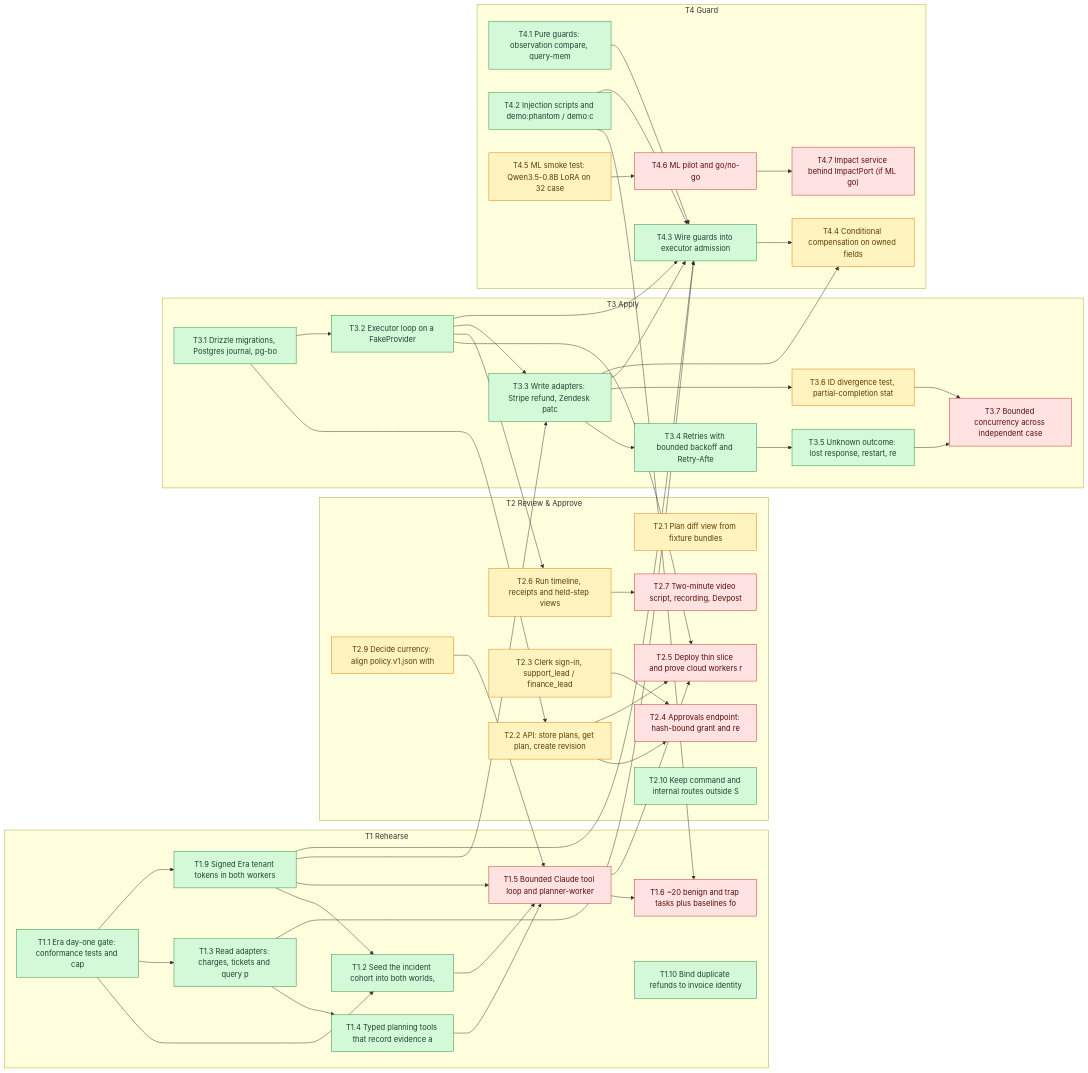
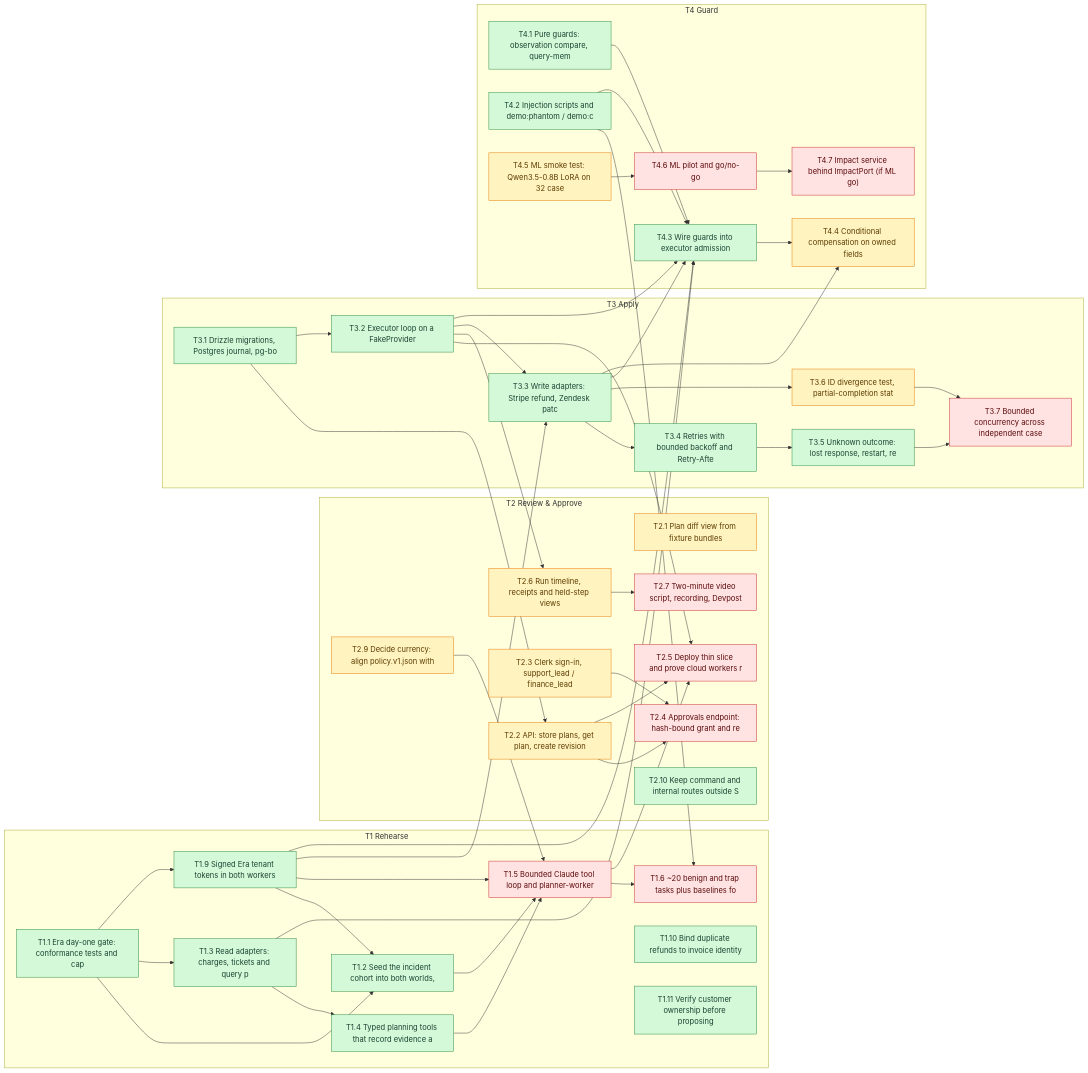
The diagram in BLOCKERS.md (SoroushRF/Rehearsal), drawn with Mermaid before and after one commit. The commit also changed other lines of this file, not shown here.

```diff
--- a/BLOCKERS.md
+++ b/BLOCKERS.md
@@ -99,6 +100,7 @@
     T1_6["T1.6 ~20 benign and trap tasks plus baselines fo"]:::blocked
     T1_9["T1.9 Signed Era tenant tokens in both workers"]:::done
     T1_10["T1.10 Bind duplicate refunds to invoice identity"]:::done
+    T1_11["T1.11 Verify customer ownership before proposing"]:::done
   end
   subgraph T2[T2 Review & Approve]
     T2_1["T2.1 Plan diff view from fixture bundles"]:::ready
```
